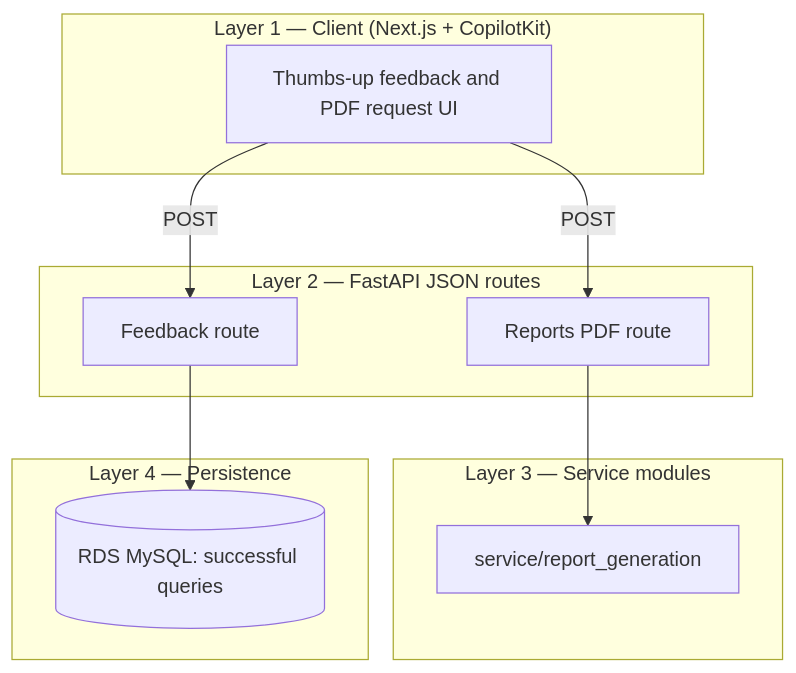
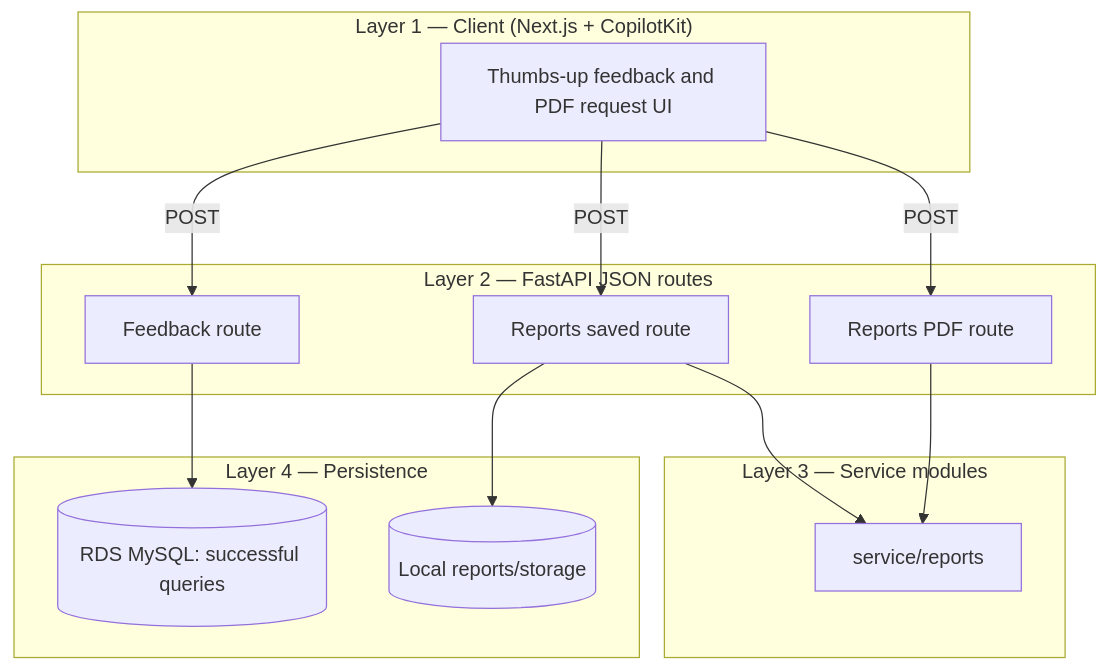
The second of 2 diagrams in docs/strands-copilot-agui-architecture.md (JordanRino/Smart-Report-Analyst), drawn with Mermaid before and after one commit. The commit also changed other lines of this file and 37 other files, not shown here.

First line of the commit message:
feat(reports): enhance report management and chat interface

````diff
--- a/docs/strands-copilot-agui-architecture.md
+++ b/docs/strands-copilot-agui-architecture.md
@@ -89,24 +91,29 @@
 ```mermaid
 flowchart TB
   subgraph F1["Layer 1 — Client (Next.js + CopilotKit)"]
     FB[Thumbs-up feedback and PDF request UI]
   end
 
   subgraph F2["Layer 2 — FastAPI JSON routes"]
     RF[Feedback route]
     RP[Reports PDF route]
+    RSV[Reports saved route]
   end
 
   subgraph F3["Layer 3 — Service modules"]
-    FG[service/report_generation]
+    FG[service/reports]
   end
 
   subgraph F4["Layer 4 — Persistence"]
     RDS3[(RDS MySQL: successful queries)]
+    DISK[(Local reports/storage)]
   end
 
   FB -->|POST| RF
   FB -->|POST| RP
+  FB -->|POST| RSV
   RP --> FG
+  RSV --> FG
+  RSV --> DISK
   RF --> RDS3
 ```
````
